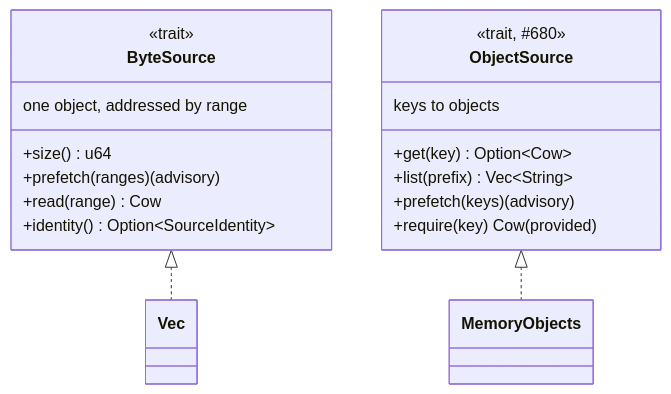
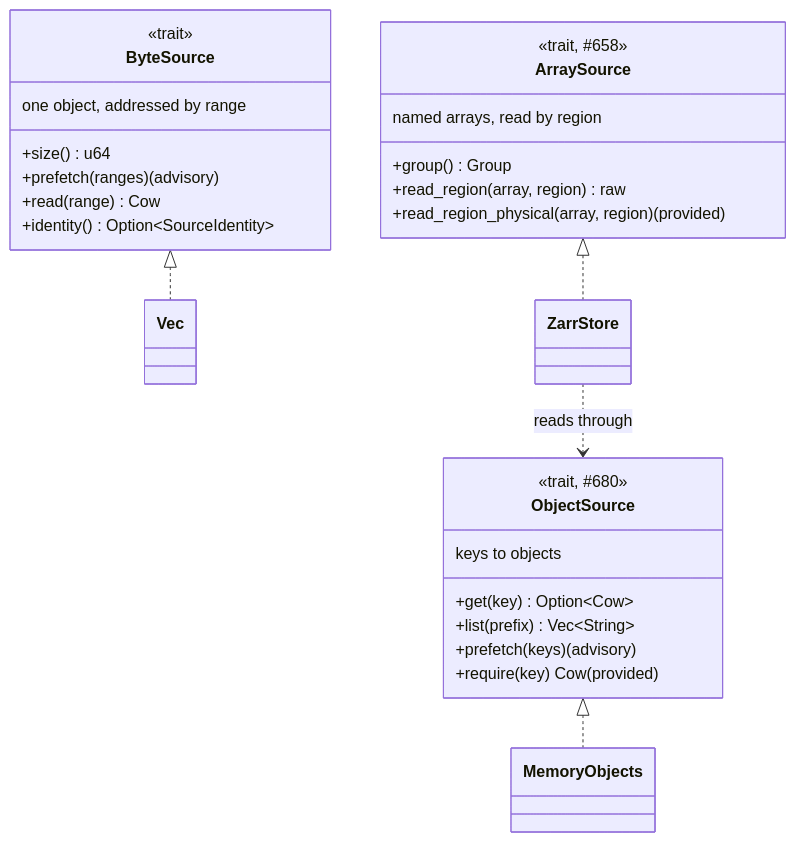
One commit to D0ubleD0uble/fieldglass changed the first of 5 diagrams in docs/architecture/02-trait-seams.md. Above: the diagram before and after it, drawn with Mermaid. The commit also changed other lines of this file and 119 other files, not shown here.

First line of the commit message:
feat(core, zarr): an array-IO seam (ArraySource), and a Zarr store behind it

````diff
--- a/docs/architecture/02-trait-seams.md
+++ b/docs/architecture/02-trait-seams.md
@@ -97,22 +109,32 @@
 ```mermaid
 classDiagram
     class ByteSource {
         <<trait>>
         one object, addressed by range
         +size() u64
         +prefetch(ranges) (advisory)
         +read(range) Cow
         +identity() Option~SourceIdentity~
     }
     class ObjectSource {
         <<trait, #680>>
         keys to objects
         +get(key) Option~Cow~
         +list(prefix) Vec~String~
         +prefetch(keys) (advisory)
         +require(key) Cow (provided)
     }
 
+    class ArraySource {
+        <<trait, #658>>
+        named arrays, read by region
+        +group() Group
+        +read_region(array, region) raw
+        +read_region_physical(array, region) (provided)
+    }
+
     ByteSource <|.. Vec
     ObjectSource <|.. MemoryObjects
+    ArraySource <|.. ZarrStore
+    ZarrStore ..> ObjectSource : reads through
 ```
````
